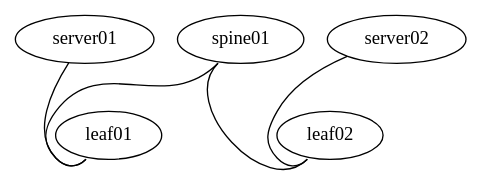
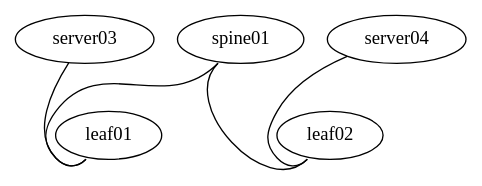
The diagram in Linux02.dot (laquiante/ON-02), drawn with Graphviz before and after one commit.

```diff
--- a/Linux02.dot
+++ b/Linux02.dot
@@ -1,16 +1,16 @@
 graph "Linux02" {
 
-"server01" [function="host" os="generic/ubuntu1804" ssh_user="cumulus" config="tc_files/cldemo2_extra_server_config.sh"]
-"server02" [function="host" os="generic/ubuntu1804" ssh_user="cumulus" config="tc_files/cldemo2_extra_server_config.sh"]
+"server03" [function="host" os="generic/ubuntu1804" ssh_user="cumulus" config="tc_files/cldemo2_extra_server_config.sh"]
+"server04" [function="host" os="generic/ubuntu1804" ssh_user="cumulus" config="tc_files/cldemo2_extra_server_config.sh"]
 
 "leaf01" [function="leaf" os="CumulusCommunity/cumulus-vx" version="4.1.1" ]
 "leaf02" [function="leaf" os="CumulusCommunity/cumulus-vx" version="4.1.1" ]
 "spine01" [function="spine" os="CumulusCommunity/cumulus-vx" version="4.1.1" ]
 
-"server01":"eth1" -- "leaf01":"swp2"
-"server02":"eth1" -- "leaf02":"swp2"
+"server03":"eth1" -- "leaf01":"swp2"
+"server04":"eth1" -- "leaf02":"swp2"
 
 "spine01":"swp11" -- "leaf01":"swp11"
 "spine01":"swp12" -- "leaf02":"swp12"
 
 }
```
